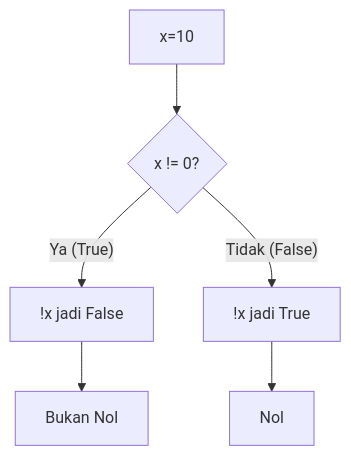
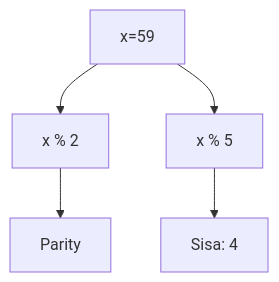
One commit to amnahwaida/OSNK_INF_PREP changed diagram 15 of 25 in part-c-pemahaman-cpp/02-percabangan/latihan/set-06.md. Above: the diagram before and after it, drawn with Mermaid. The commit also changed other lines of this file and 71 other files, not shown here.

````diff
--- a/part-c-pemahaman-cpp/02-percabangan/latihan/set-06.md
+++ b/part-c-pemahaman-cpp/02-percabangan/latihan/set-06.md
@@ -430,8 +445,7 @@
 ```mermaid
 graph TD
-    A[x=10] --> B{x != 0?}
-    B -- Ya (True) --> C["!x jadi False"]
-    B -- Tidak (False) --> D["!x jadi True"]
-    C --> E[Bukan Nol]
-    D --> F[Nol]
+A[x=59] --> B[x % 2]
+B --> C[Parity]
+A --> D[x % 5]
+D --> E[Sisa: 4]
 ```
````
